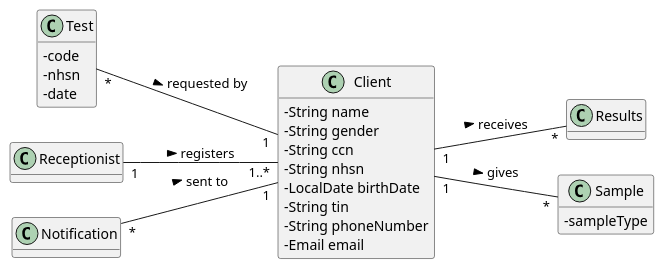
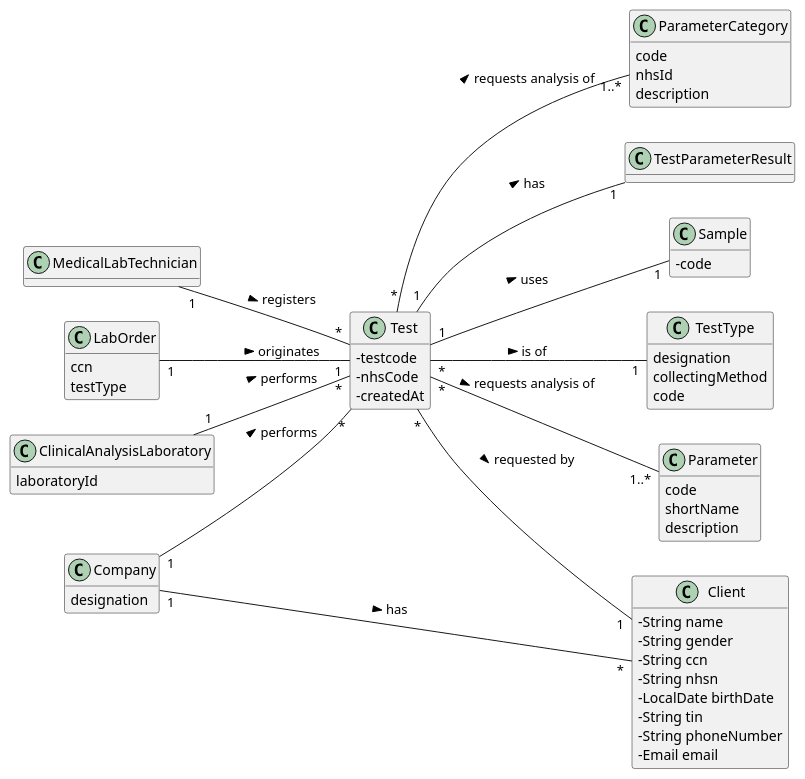
One commit to marttuga/LAPR4-SmartSystems changed the diagram in docs/Sprint2/US1004/US1004_MD.puml. Above: the diagram before and after it, drawn with PlantUML. The commit also changed 7 other files, not shown here.

```diff
--- a/docs/Sprint2/US1004/US1004_MD.puml
+++ b/docs/Sprint2/US1004/US1004_MD.puml
@@ -1,43 +1,84 @@
 @startuml
 hide methods
 left to right direction
 skinparam classAttributeIconSize 0
 
 
 class Client {
   -String name
   -String gender
   -String ccn
   -String nhsn
   -LocalDate birthDate
   -String tin
   -String phoneNumber
   -Email email
 }
 
 class Test {
-  -code
-  -nhsn
-  -date
+  -testcode
+  -nhsCode
+  -createdAt
 }
 
-class Receptionist {
+'Attributes and Methods for Class LabOrder'
+class LabOrder {
+ccn
+testType
+}
+
+class TestParameterResult{
+}
+
+class Sample {
+  -code
+}
+
+
+'Attributes for Class ClinicalAnalysisLaboratory'
+class ClinicalAnalysisLaboratory {
+laboratoryId
+}
+
+'Attributes and Methods for Class Company'
+class Company {
+designation
+}
+
+'Attributes and Methods for Class Test Type'
+class TestType {
+designation
+collectingMethod
+code
+}
+
+'Attributes and Methods for Class Parameter'
+class Parameter {
+code
+shortName
+description
+}
+
+class ParameterCategory {
+code
+nhsId
+description
+}
+
+class MedicalLabTechnician {
 
 }
 
-class Results{
-}
+Company "1" -- "*" Test : performs >
+Company "1" -- "*" Client : has >
+LabOrder "1"  -- "1" Test : originates >
+MedicalLabTechnician "1" -- "*" Test : registers >
+ClinicalAnalysisLaboratory "1" -- "*" Test : performs >
+Test "1" -- "1" TestParameterResult : has >
+Test "1" -- "1" Sample : uses >
+Test "*" -- "1" TestType : is of >
+Test "*" -- "1" Client: requested by >
+Test "*" -- "1..*" Parameter : requests analysis of >
+Test "*" -- "1..*" ParameterCategory : requests analysis of >
 
-class Sample {
-  -sampleType
-}
-
-class Notification{
- }
-
-Receptionist "1" -- "1..*" Client : registers >
-Client "1" -- "*" Results : receives >
-Client "1" -- "*" Sample : gives >
-Test "*" -- "1" Client: requested by >
-Notification "*" -- "1" Client : sent to >
 @enduml
```
